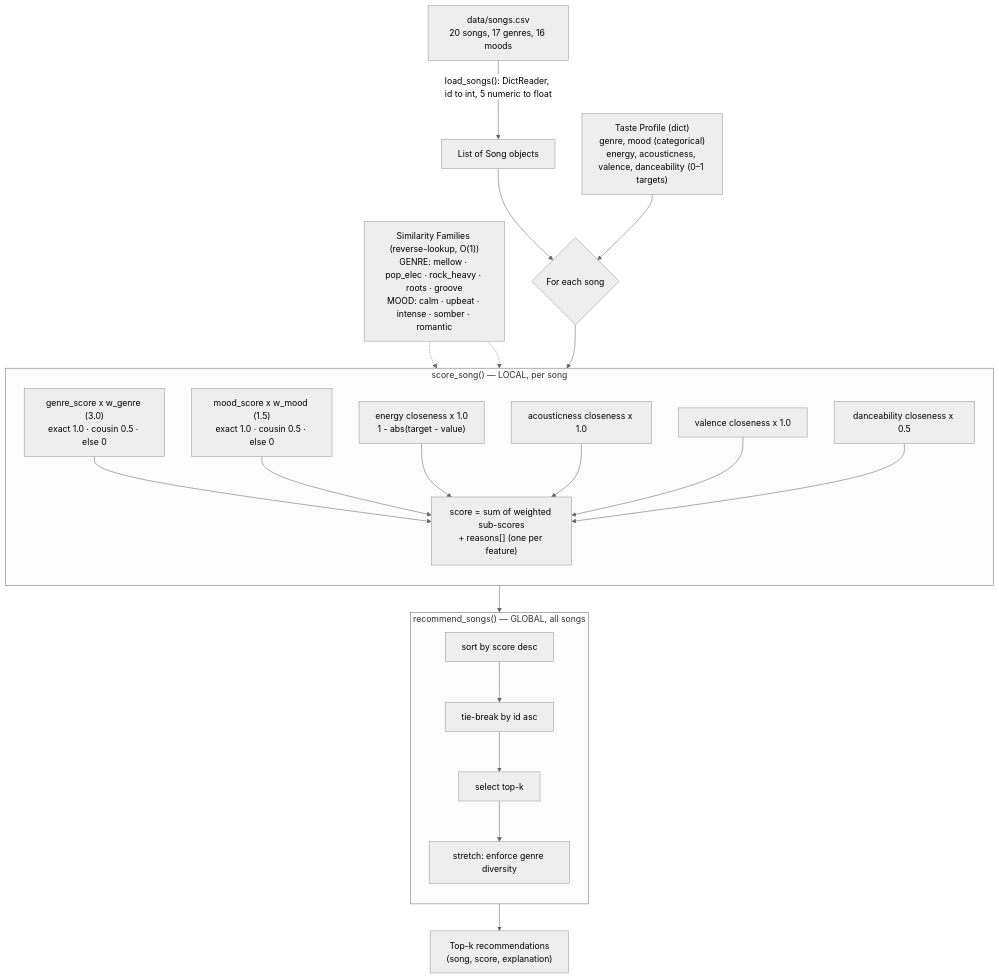
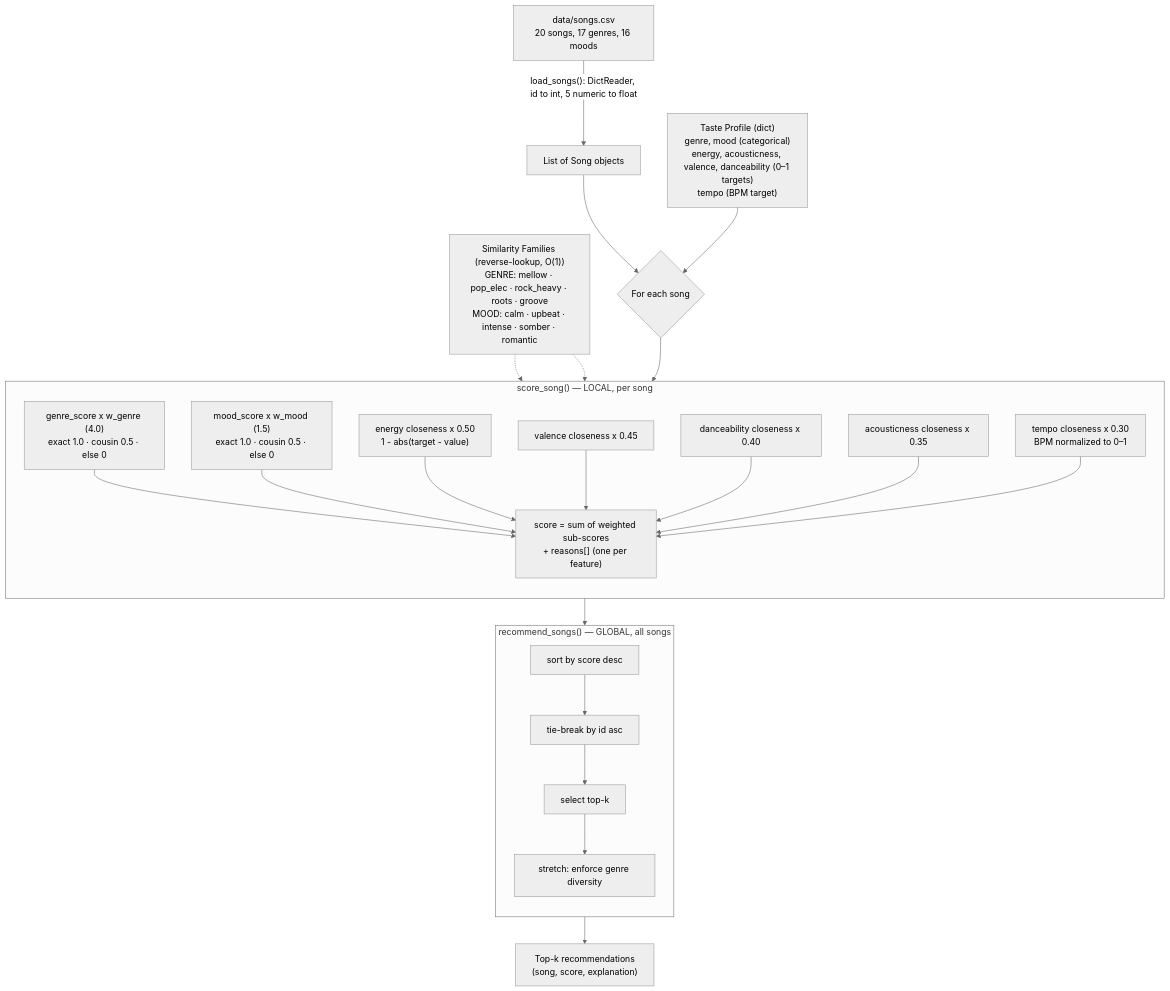
One commit to kyle-m-mitchell/ai110-module3show-musicrecommendersimulation-starter changed the diagram in README.md. Above: the diagram before and after it, drawn with Mermaid (neutral theme). The commit also changed other lines of this file and 3 other files, not shown here.

````diff
--- a/README.md
+++ b/README.md
@@ -78,45 +91,47 @@
 ```mermaid
 flowchart TD
     CSV["data/songs.csv<br/>20 songs, 17 genres, 16 moods"]
-    PROFILE["Taste Profile (dict)<br/>genre, mood (categorical)<br/>energy, acousticness, valence, danceability (0–1 targets)"]
+    PROFILE["Taste Profile (dict)<br/>genre, mood (categorical)<br/>energy, acousticness, valence, danceability (0–1 targets)<br/>tempo (BPM target)"]
 
     CSV -->|"load_songs(): DictReader, id to int, 5 numeric to float"| SONGS["List of Song objects"]
 
     SONGS --> LOOP{"For each song"}
     PROFILE --> LOOP
 
     subgraph LOCAL["score_song() — LOCAL, per song"]
         direction TB
-        GEN["genre_score x w_genre (3.0)<br/>exact 1.0 · cousin 0.5 · else 0"]
+        GEN["genre_score x w_genre (4.0)<br/>exact 1.0 · cousin 0.5 · else 0"]
         MOOD["mood_score x w_mood (1.5)<br/>exact 1.0 · cousin 0.5 · else 0"]
-        ENE["energy closeness x 1.0<br/>1 - abs(target - value)"]
-        ACO["acousticness closeness x 1.0"]
-        VAL["valence closeness x 1.0"]
-        DAN["danceability closeness x 0.5"]
+        ENE["energy closeness x 0.50<br/>1 - abs(target - value)"]
+        VAL["valence closeness x 0.45"]
+        DAN["danceability closeness x 0.40"]
+        ACO["acousticness closeness x 0.35"]
+        TEM["tempo closeness x 0.30<br/>BPM normalized to 0–1"]
         SUM["score = sum of weighted sub-scores<br/>+ reasons[] (one per feature)"]
         GEN --> SUM
         MOOD --> SUM
         ENE --> SUM
-        ACO --> SUM
         VAL --> SUM
         DAN --> SUM
+        ACO --> SUM
+        TEM --> SUM
     end
 
     LOOP --> LOCAL
 
     subgraph GLOBAL["recommend_songs() — GLOBAL, all songs"]
         direction TB
         SORT["sort by score desc"]
         TIE["tie-break by id asc"]
         TOPK["select top-k"]
         DIV["stretch: enforce genre diversity"]
         SORT --> TIE --> TOPK --> DIV
     end
 
     SUM --> GLOBAL
     GLOBAL --> OUT["Top-k recommendations<br/>(song, score, explanation)"]
 
     FAM["Similarity Families (reverse-lookup, O(1))<br/>GENRE: mellow · pop_elec · rock_heavy · roots · groove<br/>MOOD: calm · upbeat · intense · somber · romantic"]
     FAM -.-> GEN
     FAM -.-> MOOD
 ```
````
